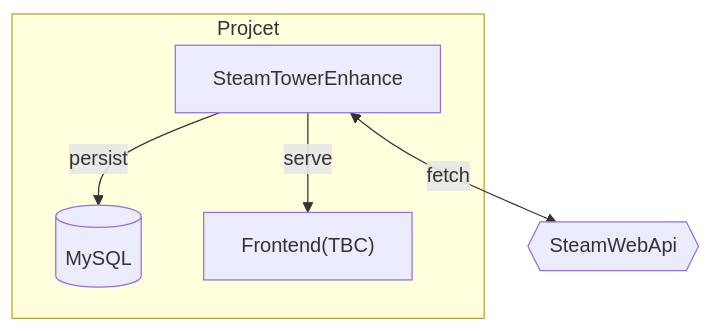
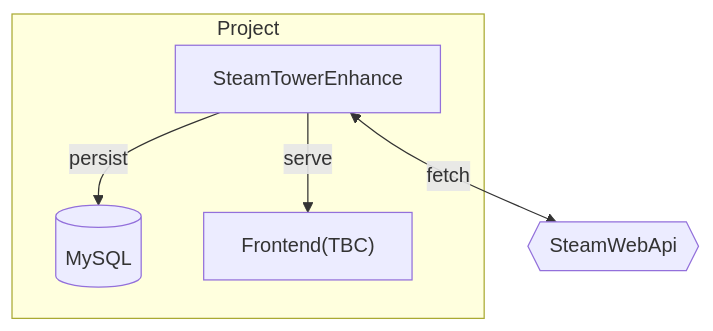
One commit to lookoutldz/steam-tower-enhance changed the diagram in README.md. Above: the diagram before and after it, drawn with Mermaid.

````diff
--- a/README.md
+++ b/README.md
@@ -16,12 +16,12 @@
 ```mermaid
 graph TB
 S{{SteamWebApi}}
-subgraph Projcet 
+subgraph Project 
     T[SteamTowerEnhance]
     D[(MySQL)]
     F["Frontend(TBC)"]
 end
 T <--fetch--> S
 T --persist--> D
 T --serve--> F
 ```
````
